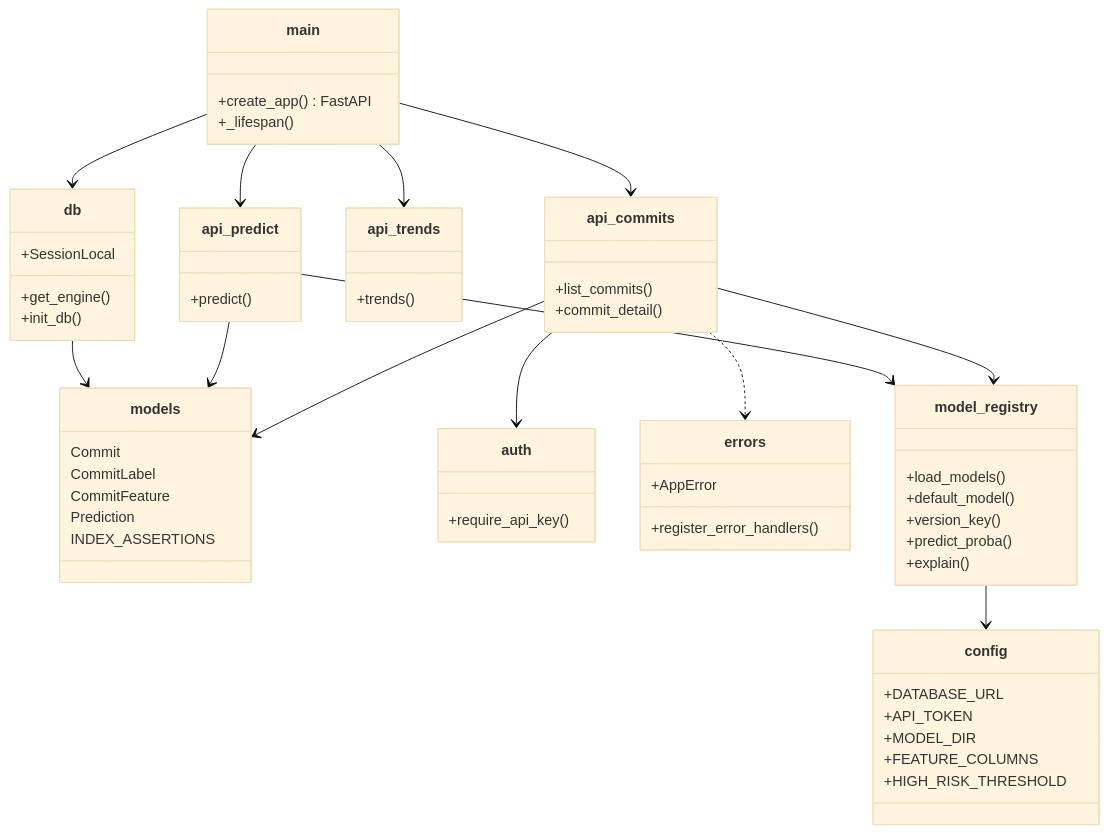
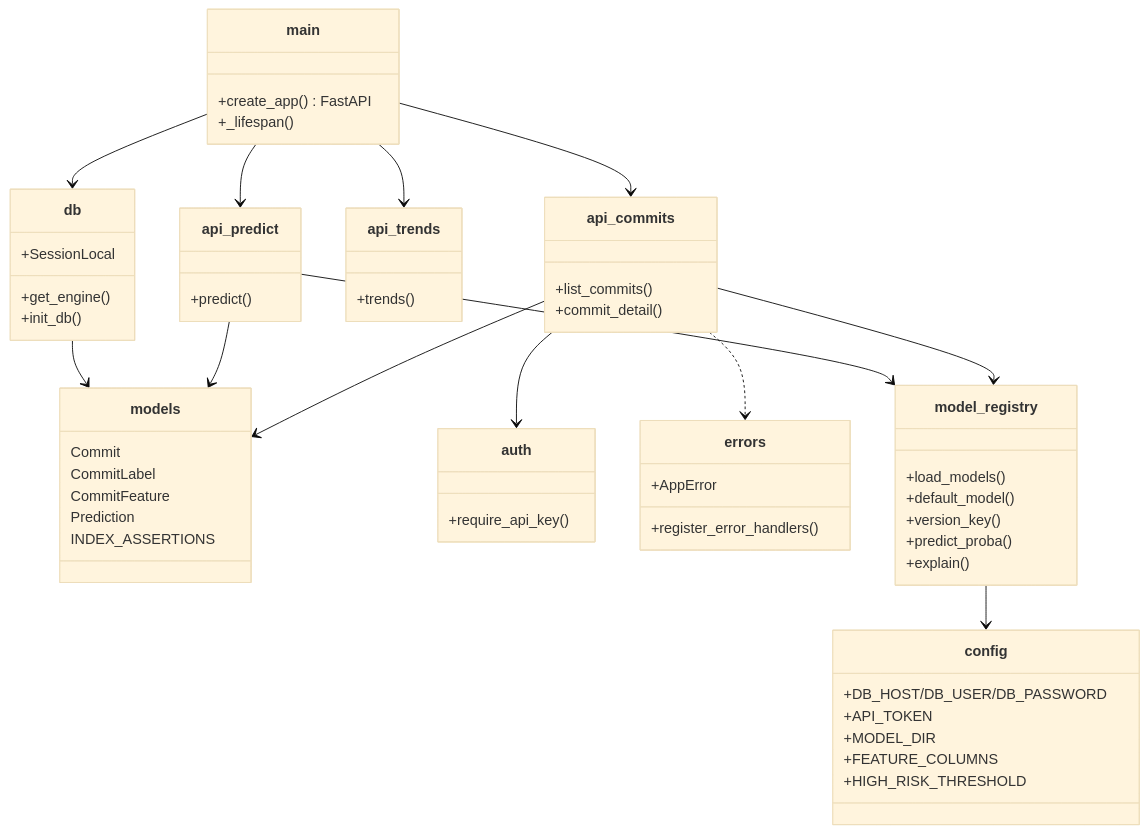
Before and after one commit to heapcluster/jit-defect-prediction: the fourth of 4 diagrams in docs/design/diagrams.md, drawn with Mermaid (base theme). The commit also changed 17 other files, not shown here.

````diff
--- a/docs/design/diagrams.md
+++ b/docs/design/diagrams.md
@@ -123,62 +123,62 @@
 ```mermaid
 classDiagram
     class main {
         +create_app() FastAPI
         +_lifespan()
     }
     class config {
-        +DATABASE_URL
+        +DB_HOST/DB_USER/DB_PASSWORD
         +API_TOKEN
         +MODEL_DIR
         +FEATURE_COLUMNS
         +HIGH_RISK_THRESHOLD
     }
     class db {
         +get_engine()
         +init_db()
         +SessionLocal
     }
     class models {
         Commit
         CommitLabel
         CommitFeature
         Prediction
         INDEX_ASSERTIONS
     }
     class auth {
         +require_api_key()
     }
     class errors {
         +AppError
         +register_error_handlers()
     }
     class model_registry {
         +load_models()
         +default_model()
         +version_key()
         +predict_proba()
         +explain()
     }
     class api_commits {
         +list_commits()
         +commit_detail()
     }
     class api_trends {
         +trends()
     }
     class api_predict {
         +predict()
     }
     main --> api_commits
     main --> api_trends
     main --> api_predict
     main --> db
     api_commits --> auth
     api_commits --> models
     api_commits --> model_registry
     api_predict --> model_registry
     api_predict --> models
     model_registry --> config
     db --> models
     api_commits ..> errors
 ```
````
